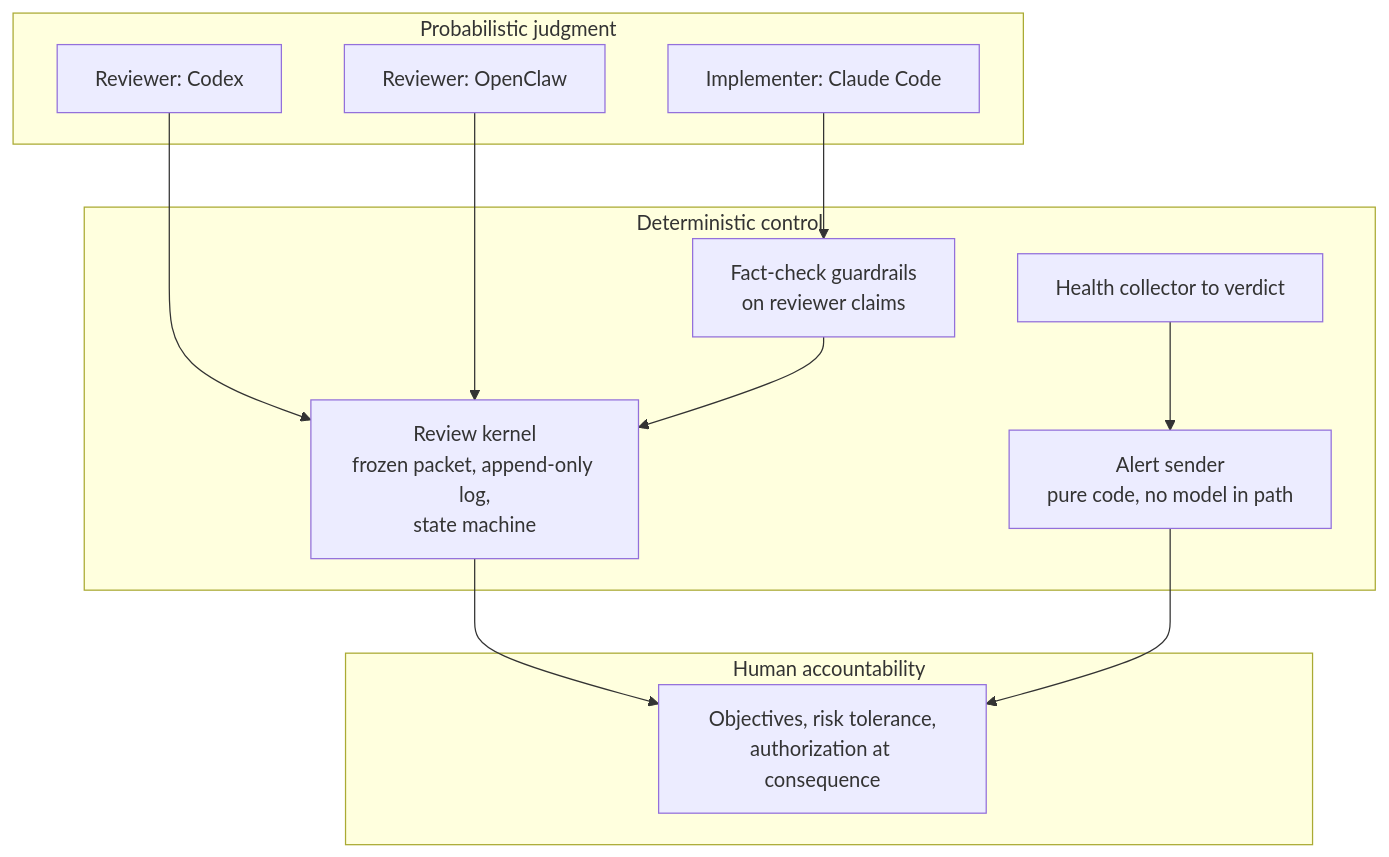
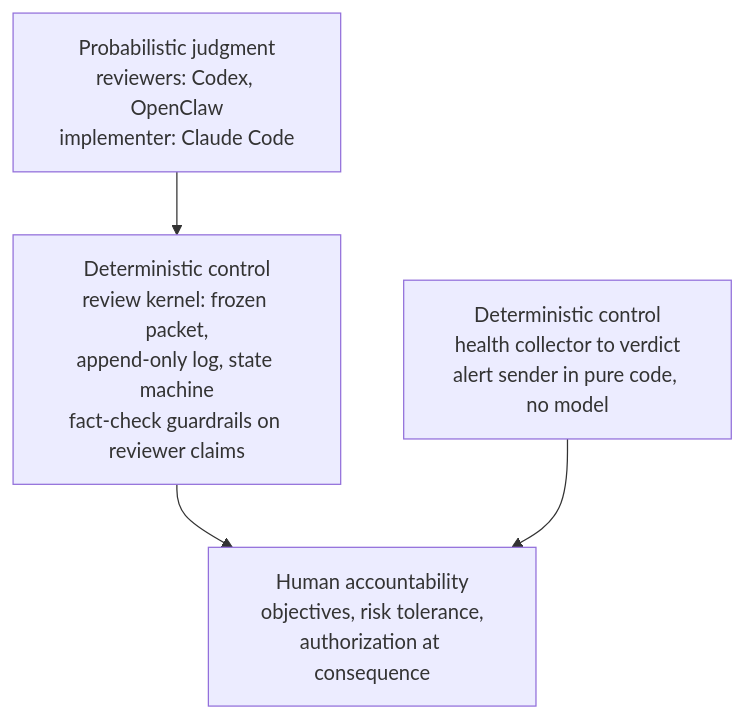
Before and after one commit to justinzealand/executive-ai-portfolio: the diagram in diagrams/03-three-layer-trust-model.mmd, drawn with Mermaid. The commit also changed 1 other file, not shown here.

Commit message:
CS3 diagram without subgraphs (GitHub clips subgraph labels)

```diff
--- a/diagrams/03-three-layer-trust-model.mmd
+++ b/diagrams/03-three-layer-trust-model.mmd
@@ -1,22 +1,8 @@
 flowchart TB
-  subgraph L1["Probabilistic judgment"]
-    M1["Reviewer: Codex"]
-    M2["Reviewer: OpenClaw"]
-    M3["Implementer: Claude Code"]
-  end
-  subgraph L2["Deterministic control"]
-    K["Review kernel<br/>frozen packet, append-only log,<br/>state machine"]
-    FC["Fact-check guardrails<br/>on reviewer claims"]
-    HC["Health collector to verdict"]
-    AS["Alert sender<br/>pure code, no model in path"]
-  end
-  subgraph L3["Human accountability"]
-    HU["Objectives, risk tolerance,<br/>authorization at consequence"]
-  end
-  M1 --> K
-  M2 --> K
-  M3 --> FC
-  FC --> K
+  J["Probabilistic judgment<br/>reviewers: Codex, OpenClaw<br/>implementer: Claude Code"]
+  K["Deterministic control<br/>review kernel: frozen packet,<br/>append-only log, state machine<br/>fact-check guardrails on reviewer claims"]
+  O["Deterministic control<br/>health collector to verdict<br/>alert sender in pure code, no model"]
+  HU["Human accountability<br/>objectives, risk tolerance,<br/>authorization at consequence"]
+  J --> K
   K --> HU
-  HC --> AS
-  AS --> HU
+  O --> HU
```
